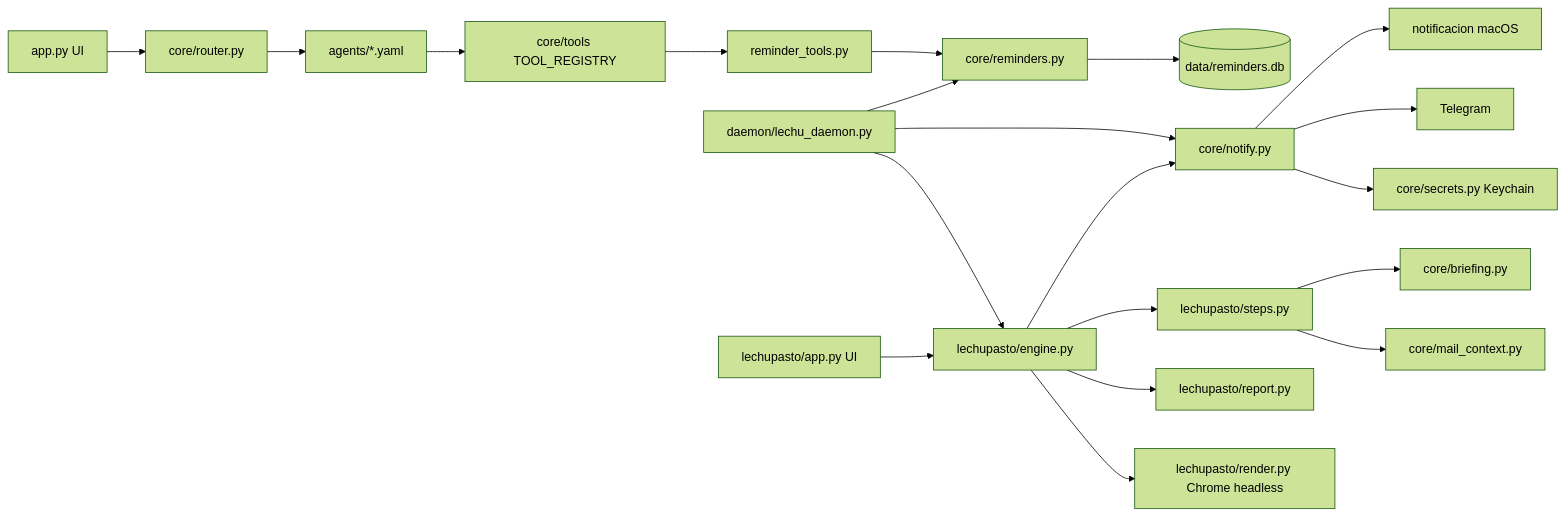
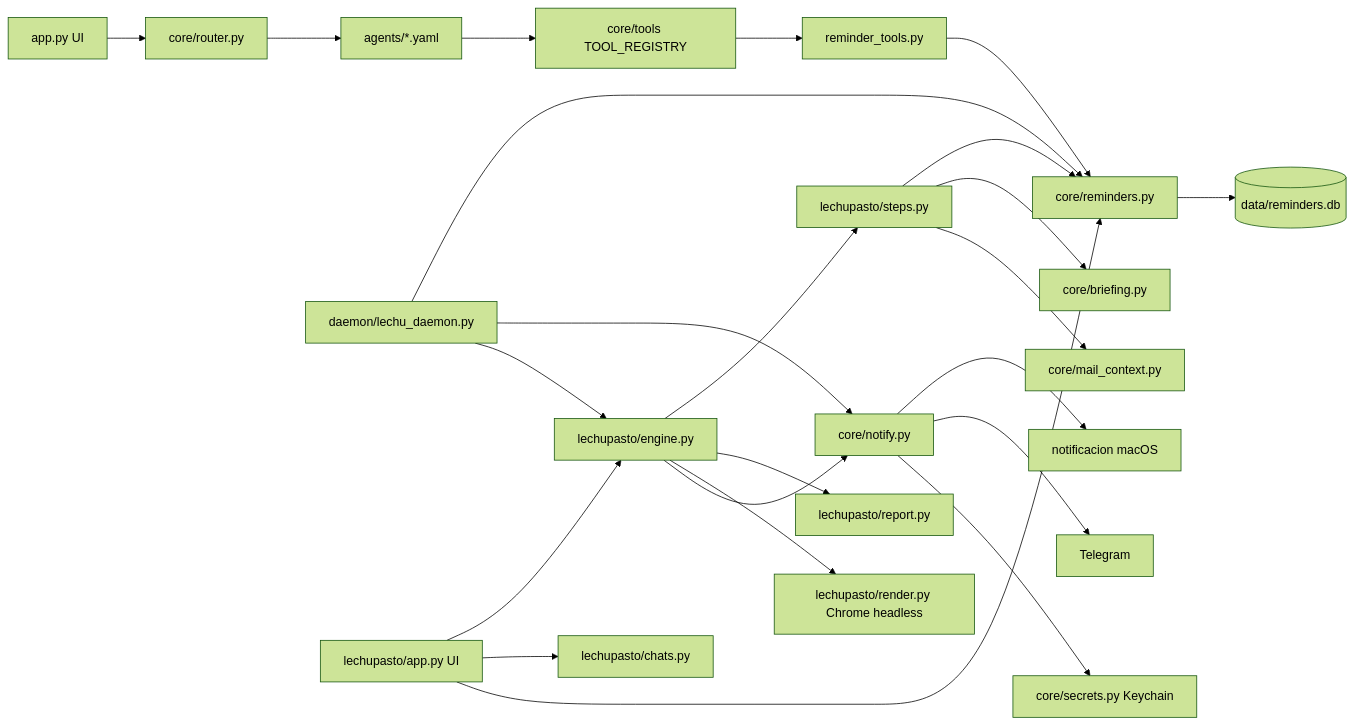
The diagram in codemap/ARCHITECTURE.md (Lechuza22/LechuChabotLocal), drawn with Mermaid (forest theme) before and after one commit. The commit also changed other lines of this file and 14 other files, not shown here.

````diff
--- a/codemap/ARCHITECTURE.md
+++ b/codemap/ARCHITECTURE.md
@@ -5,22 +5,25 @@
 ```mermaid
 graph LR
     app[app.py UI] --> router[core/router.py]
     router --> agents[agents/*.yaml]
     agents --> registry[core/tools TOOL_REGISTRY]
     registry --> reminder_tools[reminder_tools.py]
     reminder_tools --> reminders[core/reminders.py]
     reminders --> db[(data/reminders.db)]
     daemon[daemon/lechu_daemon.py] --> reminders
     daemon --> notify[core/notify.py]
     notify --> macos[notificacion macOS]
     notify --> telegram[Telegram]
     notify --> secrets[core/secrets.py Keychain]
     daemon --> engine[lechupasto/engine.py]
     pasto[lechupasto/app.py UI] --> engine
+    pasto --> chats[lechupasto/chats.py]
+    pasto --> reminders
+    steps --> reminders
     engine --> steps[lechupasto/steps.py]
     steps --> briefing[core/briefing.py]
     steps --> mailctx[core/mail_context.py]
     engine --> report[lechupasto/report.py]
     engine --> render[lechupasto/render.py Chrome headless]
     engine --> notify
 ```
````
